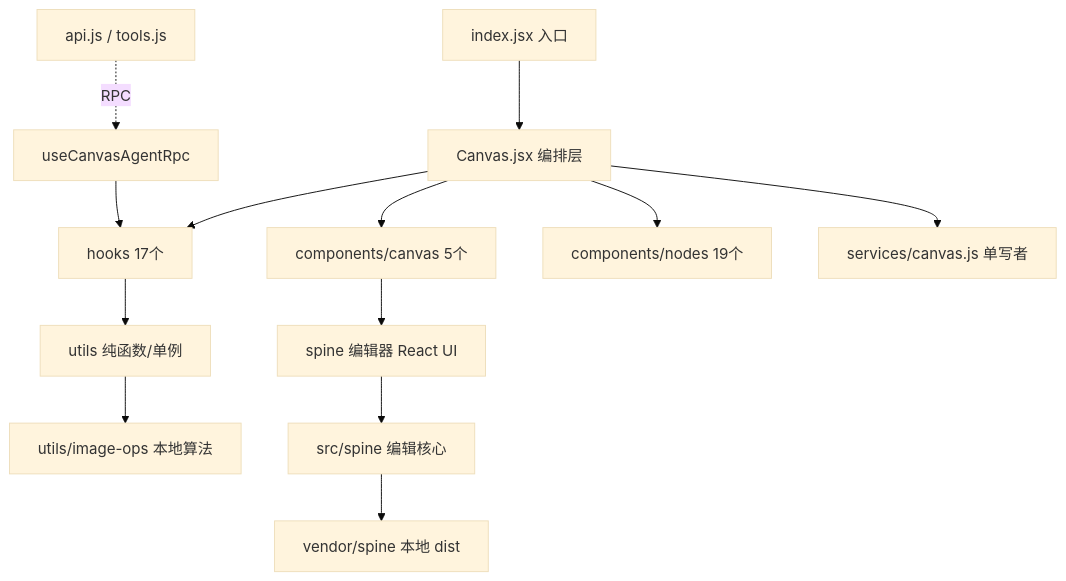
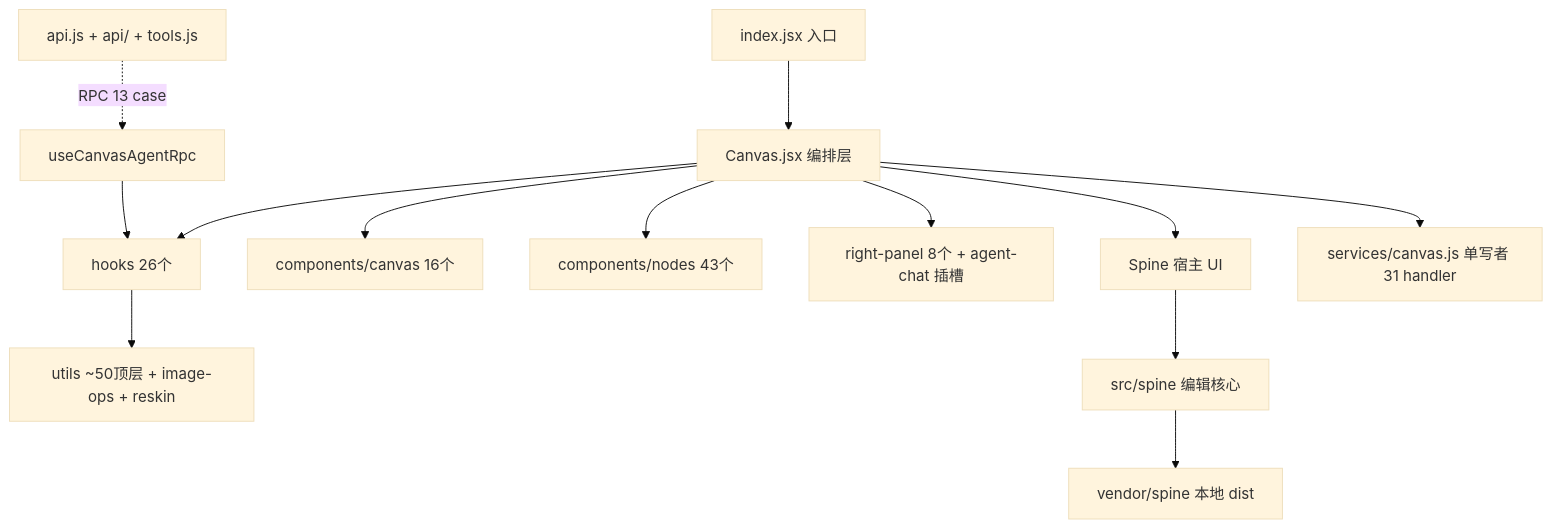
The diagram in packages/server/agent-spaces-data/mini-apps/game-asset-canvas/src/CLAUDE.md (hunmer/agent-spaces), drawn with Mermaid (base theme) before and after one commit. The commit also changed other lines of this file and 39 other files, not shown here.

````diff
--- a/packages/server/agent-spaces-data/mini-apps/game-asset-canvas/src/CLAUDE.md
+++ b/packages/server/agent-spaces-data/mini-apps/game-asset-canvas/src/CLAUDE.md
@@ -39,15 +39,15 @@
 ```mermaid
 graph TD
     A[index.jsx 入口] --> B[Canvas.jsx 编排层]
-    B --> C[hooks 17个]
-    B --> D[components/canvas 5个]
-    B --> E[components/nodes 19个]
-    C --> F[utils 纯函数/单例]
-    F --> G[utils/image-ops 本地算法]
-    D --> K[spine 编辑器 React UI]
+    B --> C[hooks 26个]
+    B --> D[components/canvas 16个]
+    B --> E[components/nodes 43个]
+    B --> RP[right-panel 8个 + agent-chat 插槽]
+    C --> F[utils ~50顶层 + image-ops + reskin]
+    B --> K[Spine 宿主 UI]
     K --> L[src/spine 编辑核心]
     L --> M[vendor/spine 本地 dist]
-    B --> H[services/canvas.js 单写者]
-    I[api.js / tools.js] -.RPC.-> J[useCanvasAgentRpc]
+    B --> H[services/canvas.js 单写者 31 handler]
+    I[api.js + api/ + tools.js] -.RPC 13 case.-> J[useCanvasAgentRpc]
     J --> C
 ```
````
